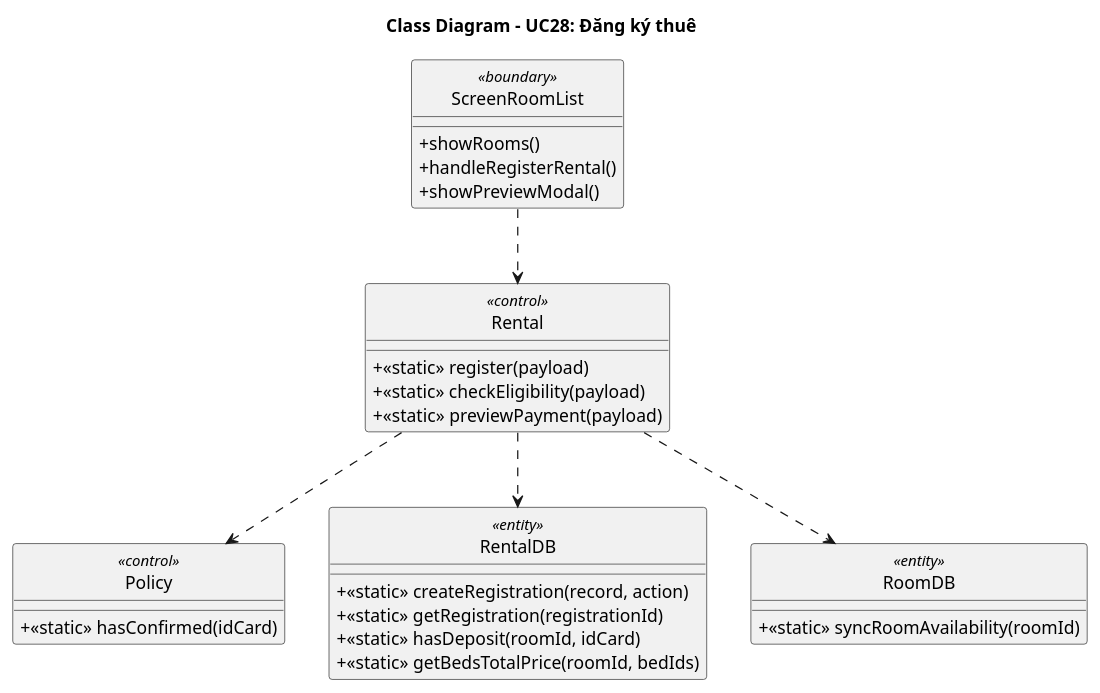
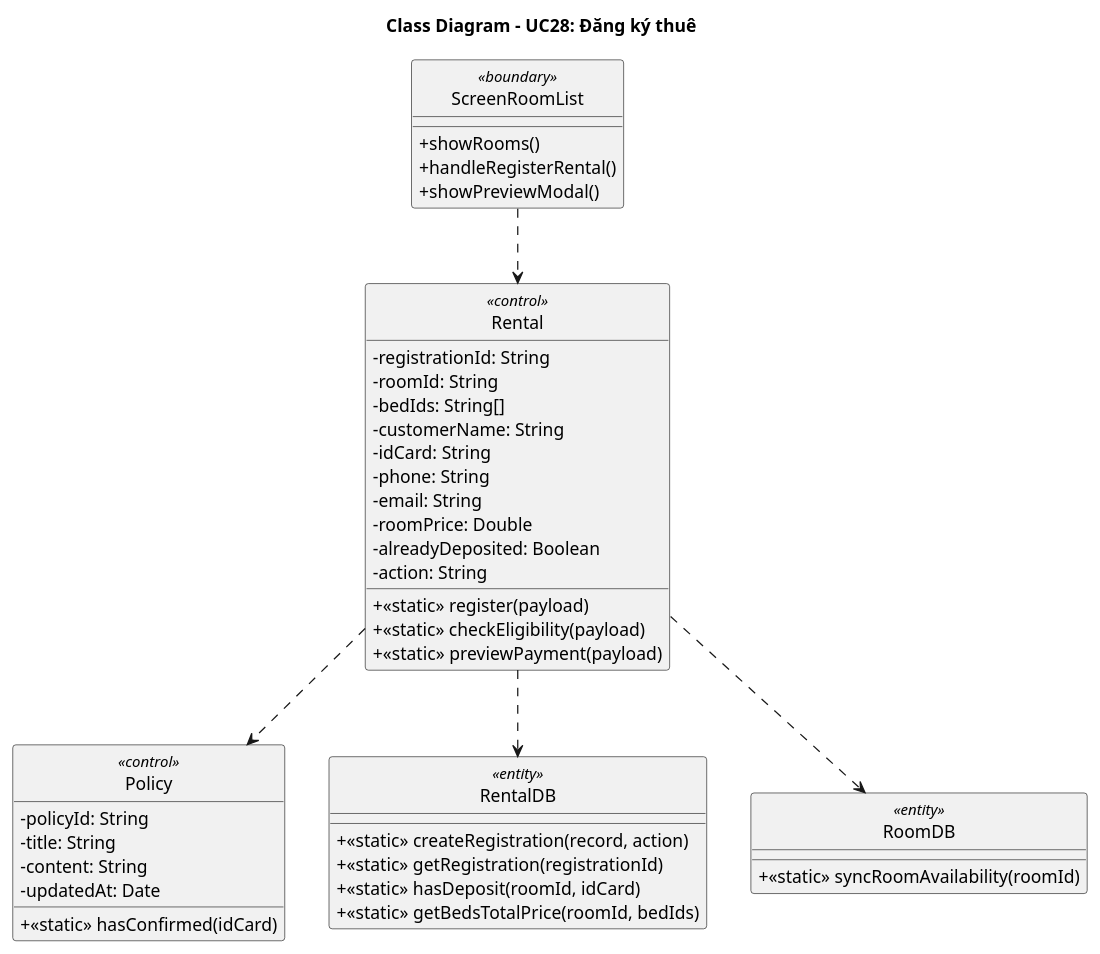
The diagram in doc/system/dang_ky_thue/DangKythue_ClassDiagram.wsd (Gnourt812005/HCMUS-Analyze-and-desgin-IS), drawn with PlantUML before and after one commit. The commit also changed 3 other files, not shown here.

Commit message:
bao/class diagram: fix class diagram

```diff
--- a/doc/system/dang_ky_thue/DangKythue_ClassDiagram.wsd
+++ b/doc/system/dang_ky_thue/DangKythue_ClassDiagram.wsd
@@ -1,41 +1,55 @@
 @startuml DangKyThue_ClassDiagram
 
 skinparam classAttributeIconSize 0
 skinparam style strictuml
 title Class Diagram - UC28: Đăng ký thuê
 
 ' --- BOUNDARY LAYER ---
 class "ScreenRoomList" as ScreenRoomList <<boundary>> {
     + showRooms()
     + handleRegisterRental()
     + showPreviewModal()
 }
 
 ' --- BUSINESS LAYER ---
 class "Rental" as Rental <<control>> {
+    - registrationId: String
+    - roomId: String
+    - bedIds: String[]
+    - customerName: String
+    - idCard: String
+    - phone: String
+    - email: String
+    - roomPrice: Double
+    - alreadyDeposited: Boolean
+    - action: String
     + <<static>> register(payload)
     + <<static>> checkEligibility(payload)
     + <<static>> previewPayment(payload)
 }
 
 class "Policy" as Policy <<control>> {
+    - policyId: String
+    - title: String
+    - content: String
+    - updatedAt: Date
     + <<static>> hasConfirmed(idCard)
 }
 
 class "RentalDB" as RentalDB <<entity>> {
     + <<static>> createRegistration(record, action)
     + <<static>> getRegistration(registrationId)
     + <<static>> hasDeposit(roomId, idCard)
     + <<static>> getBedsTotalPrice(roomId, bedIds)
 }
 
 class "RoomDB" as RoomDB <<entity>> {
     + <<static>> syncRoomAvailability(roomId)
 }
 
 "ScreenRoomList" ..> "Rental"
 "Rental" ..> "RentalDB"
 "Rental" ..> "Policy"
 "Rental" ..> "RoomDB"
 
 @enduml
```
